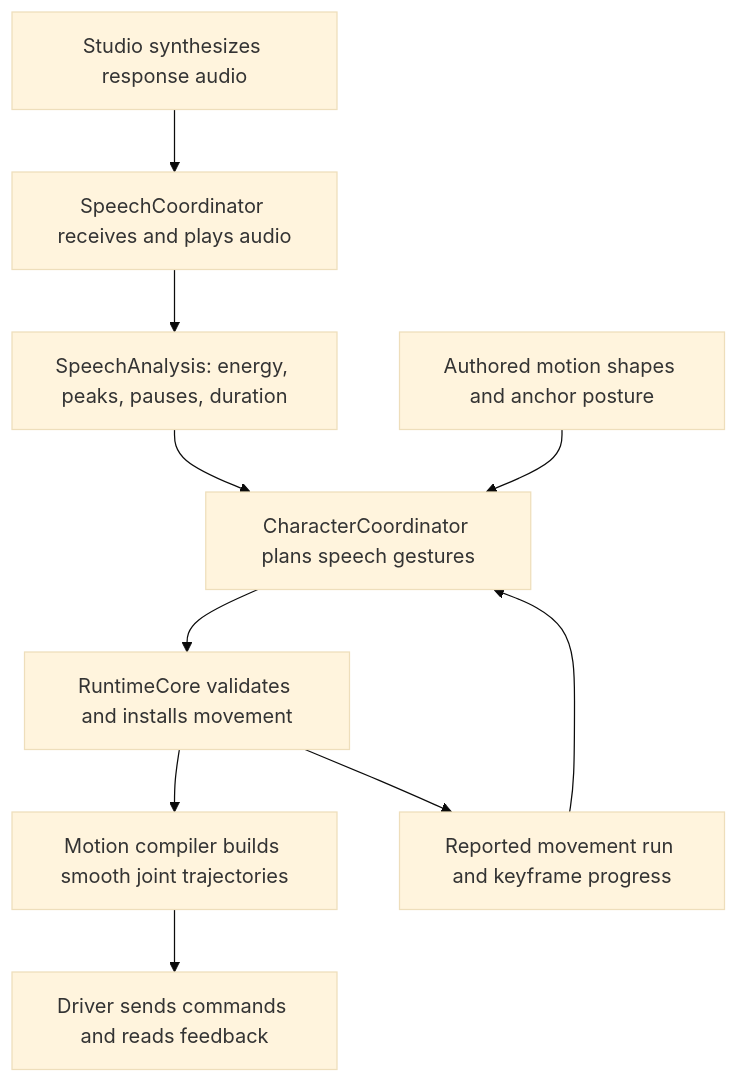
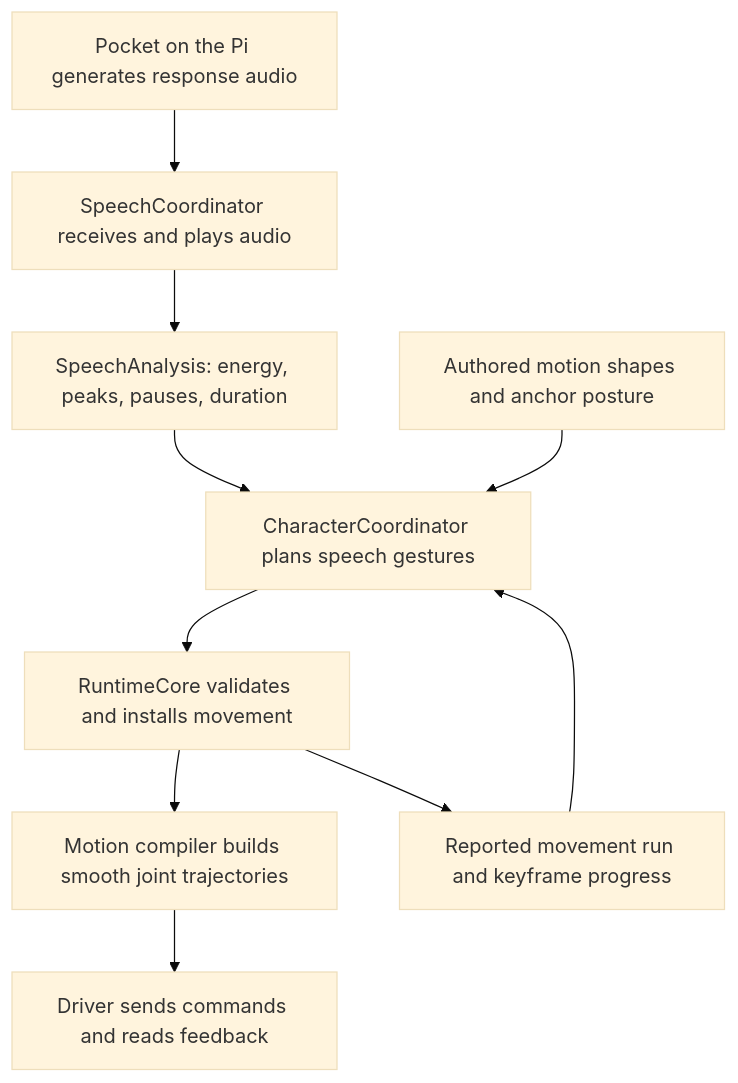
The diagram in runtime.md (mofe64/orion), drawn with Mermaid (base theme) before and after one commit. The commit also changed other lines of this file and 28 other files, not shown here.

Commit message:
Align documentation with the Pi voice and agent architecture

````diff
--- a/runtime.md
+++ b/runtime.md
@@ -17,12 +22,12 @@
 ```mermaid
 flowchart TD
-    A[Studio synthesizes response audio] --> B[SpeechCoordinator receives and plays audio]
+    A[Pocket on the Pi generates response audio] --> B[SpeechCoordinator receives and plays audio]
     B --> C[SpeechAnalysis: energy, peaks, pauses, duration]
     C --> D[CharacterCoordinator plans speech gestures]
     E[Authored motion shapes and anchor posture] --> D
     D --> F[RuntimeCore validates and installs movement]
     F --> G[Motion compiler builds smooth joint trajectories]
     G --> H[Driver sends commands and reads feedback]
     F --> I[Reported movement run and keyframe progress]
     I --> D
 ```
````
